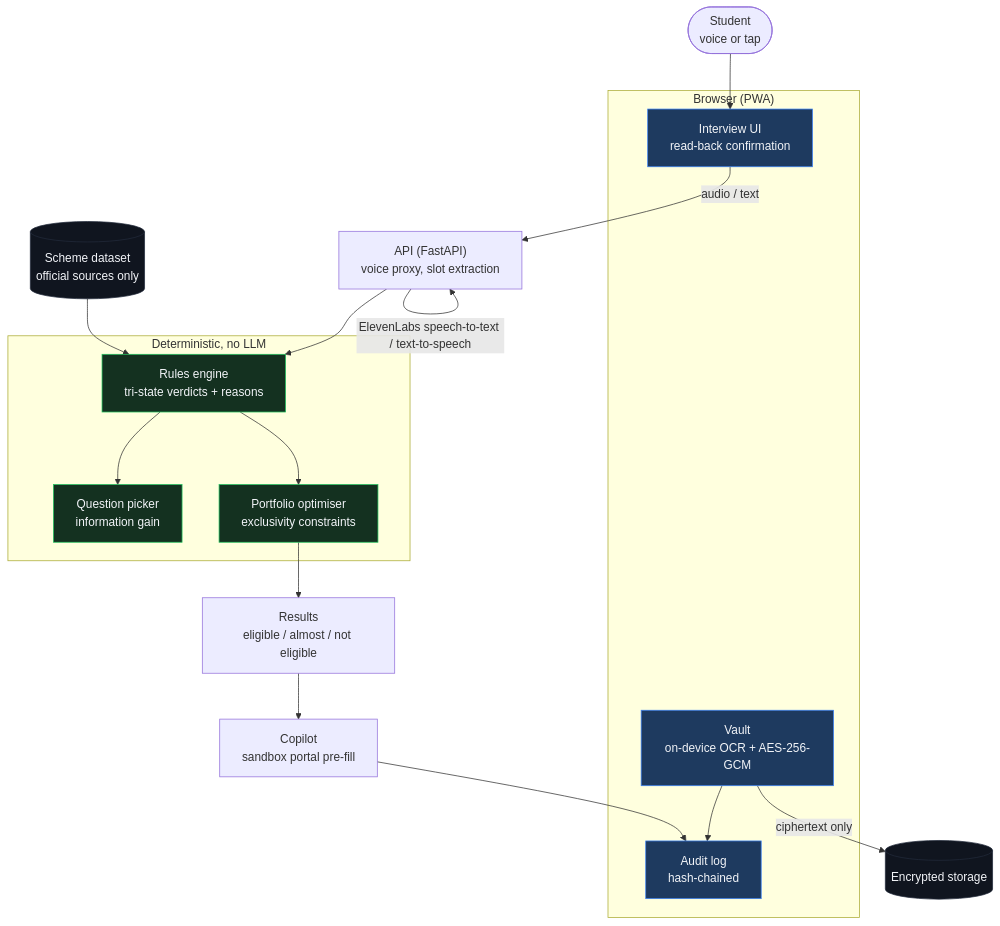
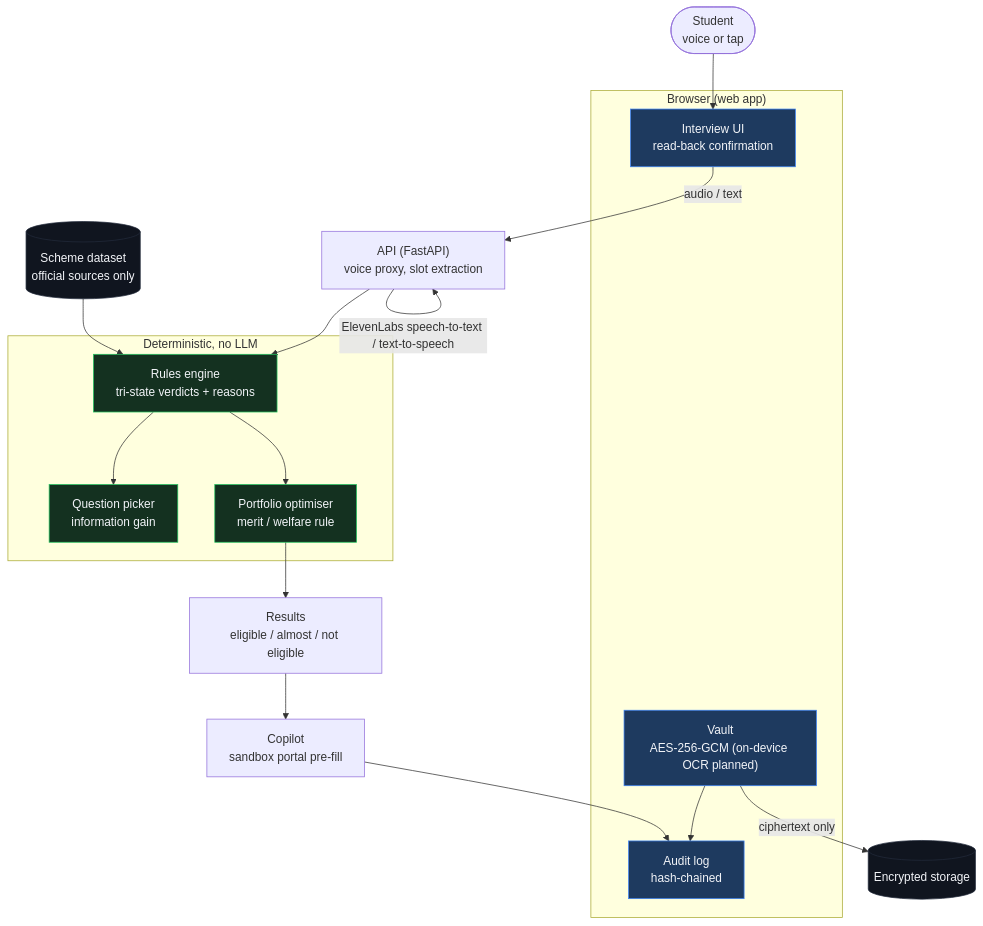
The diagram in README.md (Atomiicradius/saarthi-whackiest2026), drawn with Mermaid before and after one commit. The commit also changed other lines of this file, not shown here.

````diff
--- a/README.md
+++ b/README.md
@@ -76,38 +90,38 @@
 ```mermaid
 flowchart TD
     A(["Student<br/>voice or tap"]) --> B
 
-    subgraph WEB["Browser (PWA)"]
+    subgraph WEB["Browser (web app)"]
         B["Interview UI<br/>read-back confirmation"]
-        V["Vault<br/>on-device OCR + AES-256-GCM"]
+        V["Vault<br/>AES-256-GCM (on-device OCR planned)"]
         L["Audit log<br/>hash-chained"]
     end
 
     B -- "audio / text" --> C["API (FastAPI)<br/>voice proxy, slot extraction"]
     C -- "ElevenLabs speech-to-text / text-to-speech" --> C
 
     subgraph DET["Deterministic, no LLM"]
         E["Rules engine<br/>tri-state verdicts + reasons"]
         Q["Question picker<br/>information gain"]
-        O["Portfolio optimiser<br/>exclusivity constraints"]
+        O["Portfolio optimiser<br/>merit / welfare rule"]
     end
 
     C --> E
     E --> Q
     E --> O
     D[("Scheme dataset<br/>official sources only")] --> E
 
     V -- "ciphertext only" --> S[("Encrypted storage")]
     V --> L
     O --> R["Results<br/>eligible / almost / not eligible"]
     R --> P["Copilot<br/>sandbox portal pre-fill"]
     P --> L
 
     classDef det fill:#143120,stroke:#22c55e,color:#f2f4f8;
     classDef web fill:#1e3a5f,stroke:#3b82f6,color:#f2f4f8;
     classDef store fill:#10151f,stroke:#232a3b,color:#f2f4f8;
 
     class E,Q,O det;
     class B,V,L web;
     class D,S store;
 ```
````
